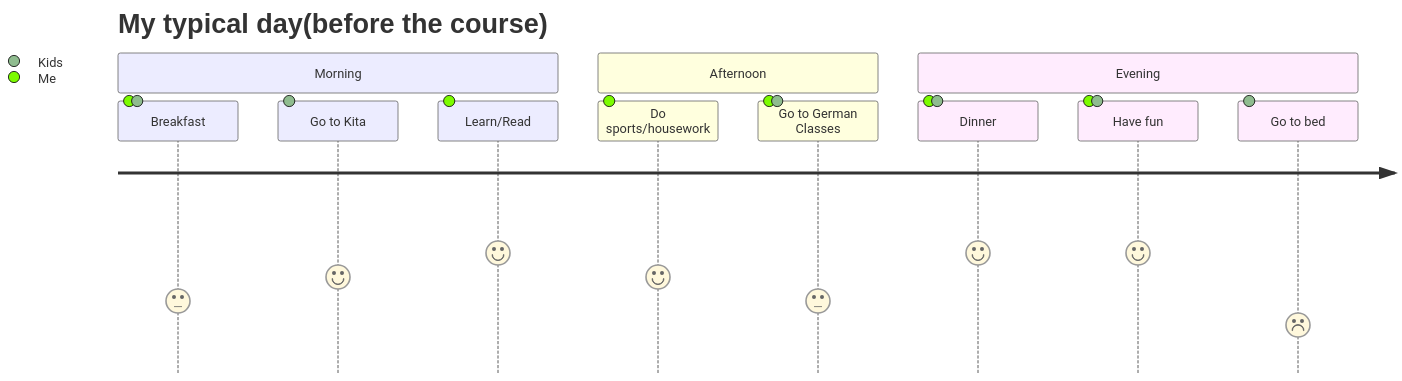
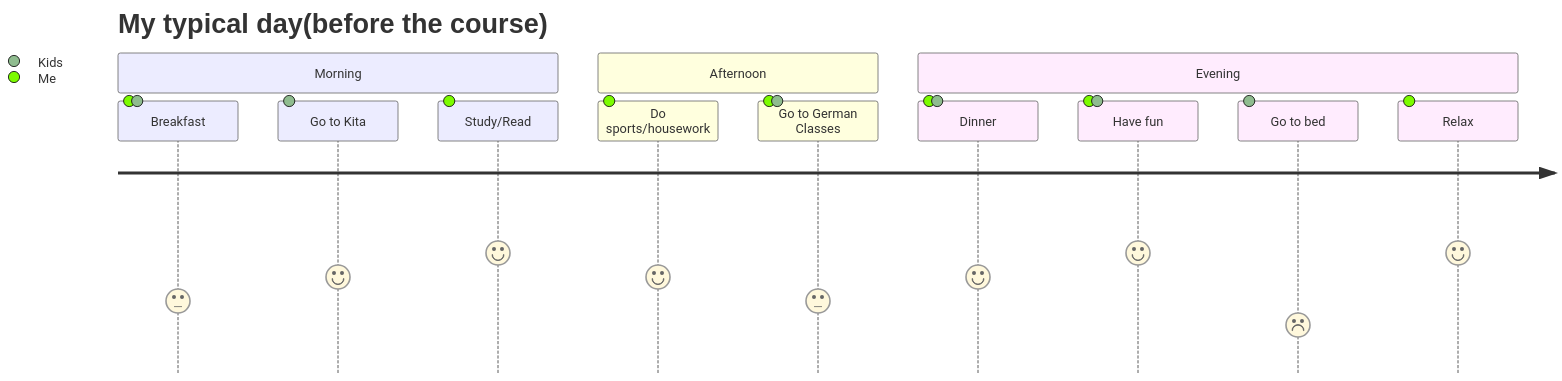
Before and after one commit to WildCodeSchool/2023-01-EN-Berlin-Remote2-Markdown: the diagram in alisa-popova.md, drawn with Mermaid.

Commit message:
add mermaid diagram

````diff
--- a/alisa-popova.md
+++ b/alisa-popova.md
@@ -14,15 +14,16 @@
 ```mermaid
 journey
     title My typical day(before the course)
     section Morning
       Breakfast: 3: Me, Kids
       Go to Kita: 4: Kids
-      Learn/Read: 5: Me
+      Study/Read: 5: Me
     section Afternoon
       Do sports/housework: 4: Me
       Go to German Classes: 3:Me, Kids
      section Evening
-      Dinner: 5: Me, Kids
+      Dinner: 4: Me, Kids
       Have fun: 5: Me, Kids
-      Go to bed: 2: Kids    
+      Go to bed: 2: Kids
+      Relax: 5: Me
 ```
````
